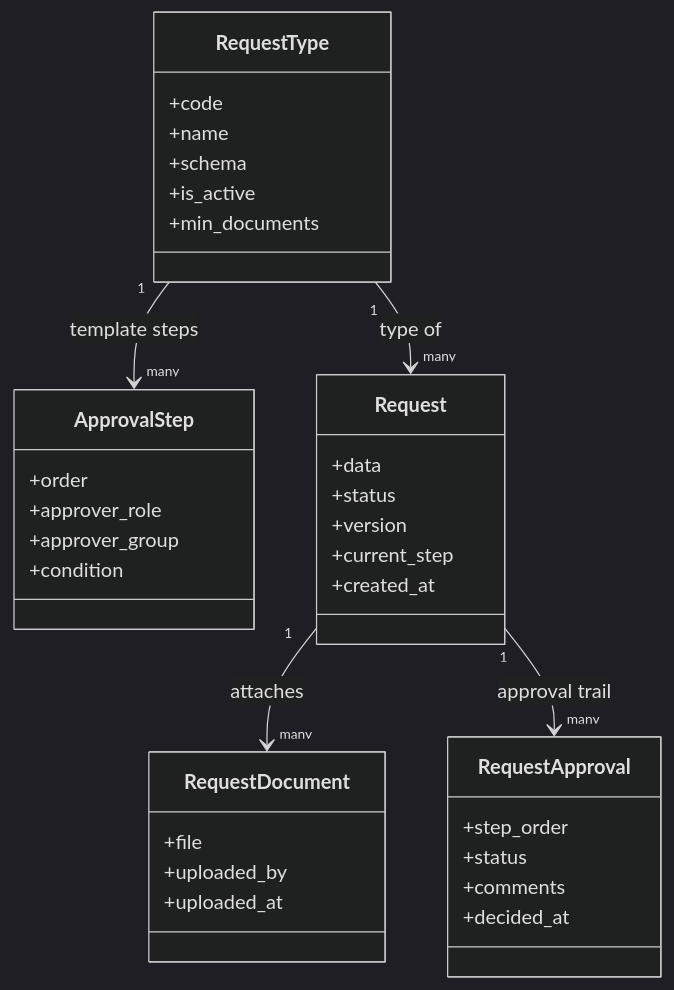
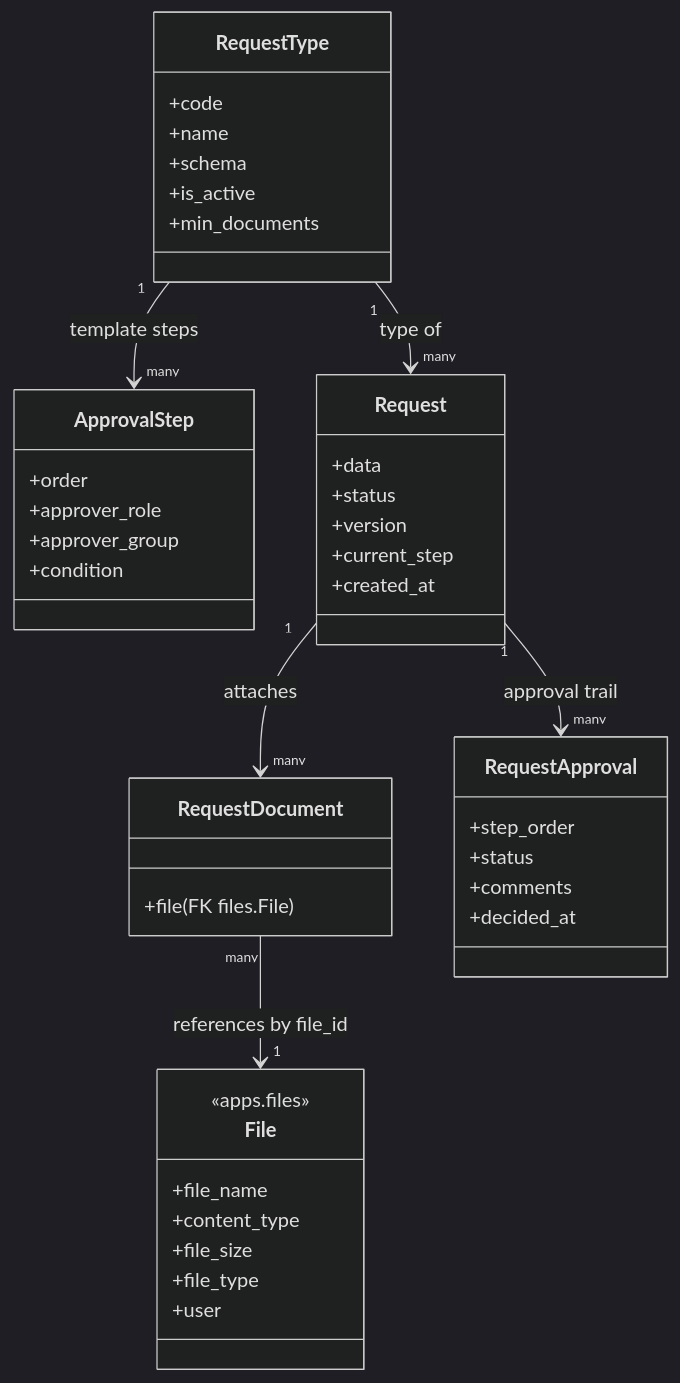
The first of 8 diagrams in spec/0010-simple-requests-flow.md (pucardotorg/dristi-be), drawn with Mermaid (dark theme) before and after one commit. The commit also changed other lines of this file and 13 other files, not shown here.

Commit message:
Updated dristi_requests document upload and stream to use apps.files

````diff
--- a/spec/0010-simple-requests-flow.md
+++ b/spec/0010-simple-requests-flow.md
@@ -50,38 +56,45 @@
 ```mermaid
 classDiagram
   class RequestType {
     +code
     +name
     +schema
     +is_active
     +min_documents
   }
   class ApprovalStep {
     +order
     +approver_role
     +approver_group
     +condition
   }
   class Request {
     +data
     +status
     +version
     +current_step
     +created_at
   }
   class RequestDocument {
-    +file
-    +uploaded_by
-    +uploaded_at
+    +file  (FK files.File)
+  }
+  class File {
+    <<apps.files>>
+    +file_name
+    +content_type
+    +file_size
+    +file_type
+    +user
   }
   class RequestApproval {
     +step_order
     +status
     +comments
     +decided_at
   }
   RequestType "1" --> "many" ApprovalStep : template steps
   RequestType "1" --> "many" Request : type of
   Request "1" --> "many" RequestDocument : attaches
+  RequestDocument "many" --> "1" File : references by file_id
   Request "1" --> "many" RequestApproval : approval trail
 ```
````
